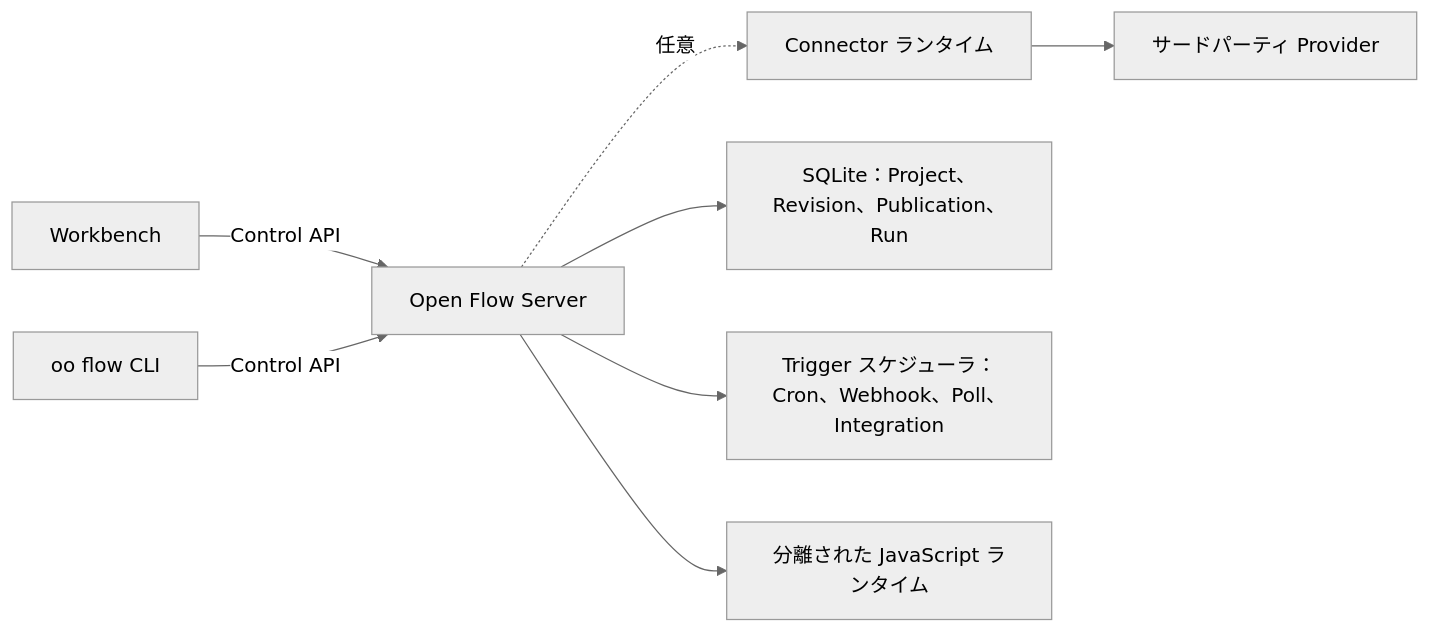
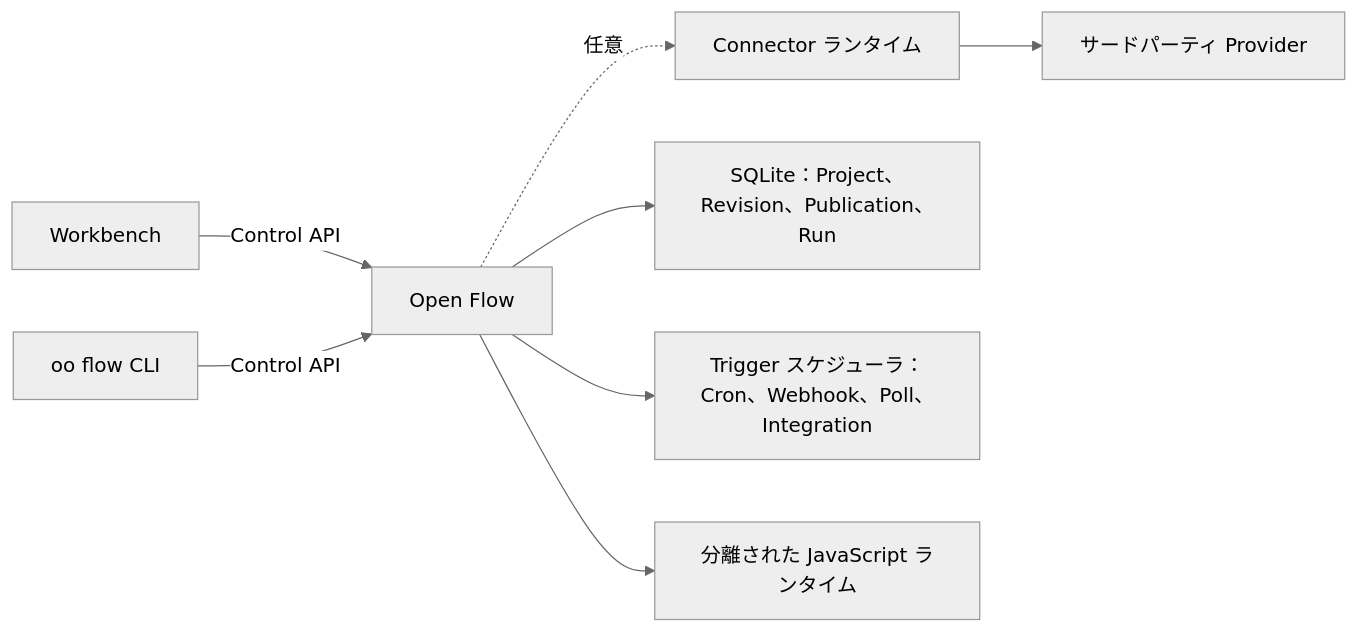
One commit to l1shen/open-flow-oomo-lab changed the diagram in docs/README.ja.md. Above: the diagram before and after it, drawn with Mermaid (neutral theme). The commit also changed other lines of this file and 14 other files, not shown here.

````diff
--- a/docs/README.ja.md
+++ b/docs/README.ja.md
@@ -116,10 +119,10 @@
 ```mermaid
 flowchart LR
-  Workbench["Workbench"] -->|"Control API"| Server["Open Flow Server"]
+  Workbench["Workbench"] -->|"Control API"| Server["Open Flow"]
   CLI["oo flow CLI"] -->|"Control API"| Server
   Server -. "任意" .-> Connector["Connector ランタイム"]
   Connector --> Providers["サードパーティ Provider"]
   Server --> Store["SQLite：Project、Revision、Publication、Run"]
   Server --> Triggers["Trigger スケジューラ：Cron、Webhook、Poll、Integration"]
   Server --> Runtime["分離された JavaScript ランタイム"]
 ```
````
